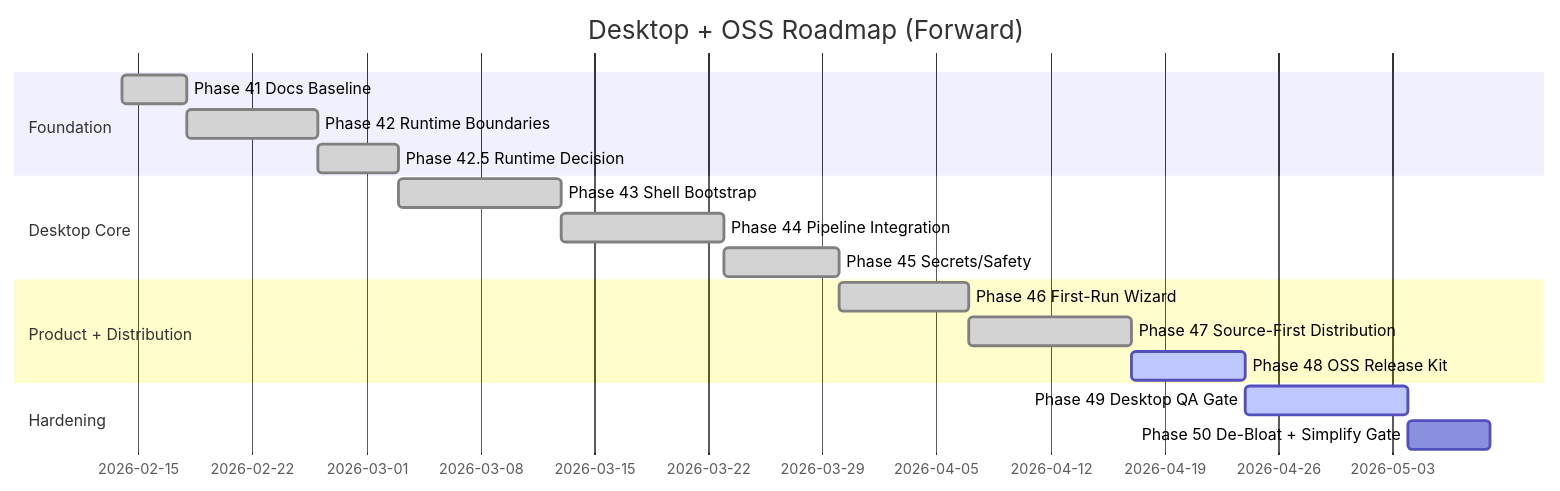
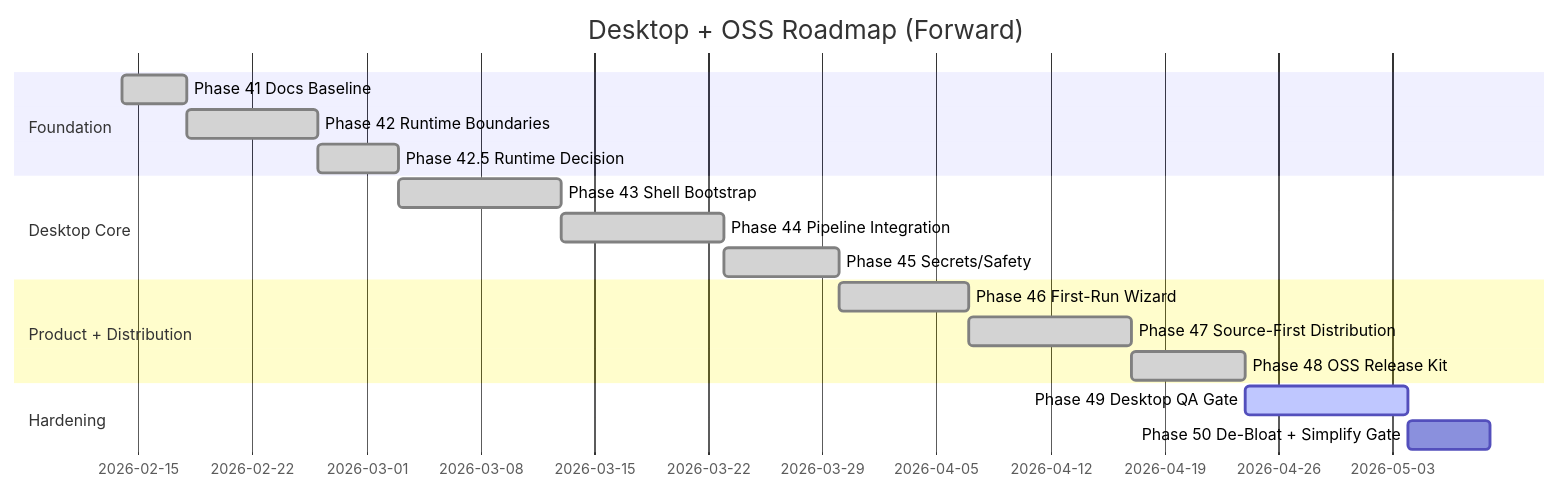
The third of 3 diagrams in docs/internal/IMPLEMENTATION_PLAN.md (eeshansrivastava89/sidequests), drawn with Mermaid before and after one commit. The commit also changed 1 other file, not shown here.

Commit message:
add CP-021 review entry, mark phase 48 done in gantt

````diff
--- a/docs/internal/IMPLEMENTATION_PLAN.md
+++ b/docs/internal/IMPLEMENTATION_PLAN.md
@@ -292,20 +292,20 @@
 ```mermaid
 gantt
   title Desktop + OSS Roadmap (Forward)
   dateFormat  YYYY-MM-DD
   section Foundation
   Phase 41 Docs Baseline           :done,   p41, 2026-02-14, 4d
   Phase 42 Runtime Boundaries      :done,   p42, after p41, 8d
   Phase 42.5 Runtime Decision      :done,   p425, after p42, 5d
   section Desktop Core
   Phase 43 Shell Bootstrap         :done,   p43, after p425, 10d
   Phase 44 Pipeline Integration    :done,   p44, after p43, 10d
   Phase 45 Secrets/Safety          :done,   p45, after p44, 7d
   section Product + Distribution
   Phase 46 First-Run Wizard        :done,   p46, after p45, 8d
   Phase 47 Source-First Distribution :done, p47, after p46, 10d
-  Phase 48 OSS Release Kit         :active, p48, after p47, 7d
+  Phase 48 OSS Release Kit         :done,   p48, after p47, 7d
   section Hardening
   Phase 49 Desktop QA Gate         :active, p49, after p48, 10d
   Phase 50 De-Bloat + Simplify Gate :p50, after p49, 5d
 ```
````
